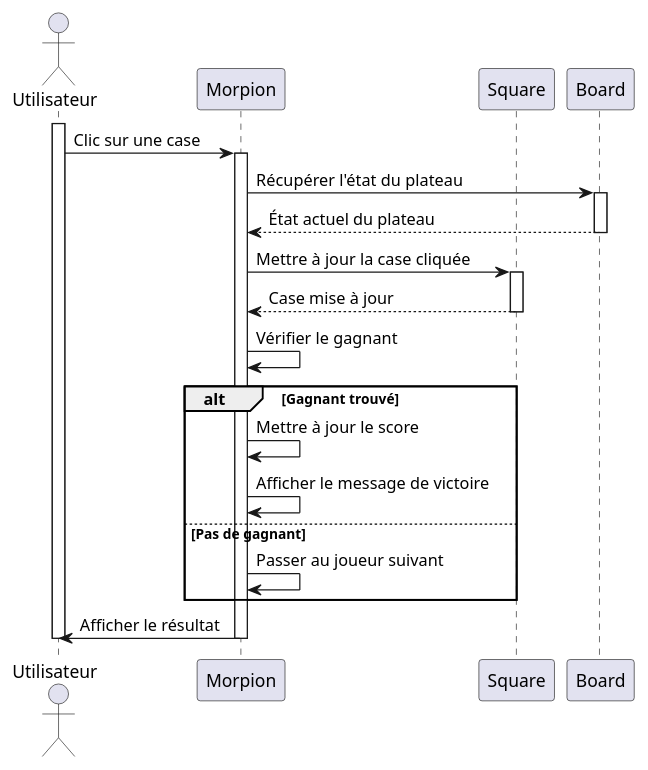
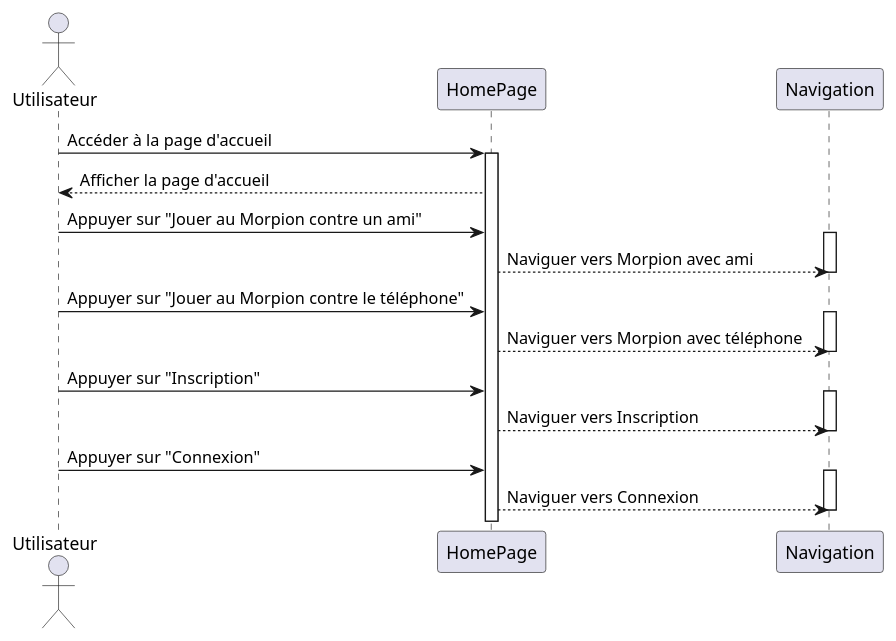
Before and after one commit to ericnoel92/my-new-project: the diagram in Index.PlantUML, drawn with PlantUML. The commit also changed 4 other files, not shown here.

```diff
--- a/Index.PlantUML
+++ b/Index.PlantUML
@@ -1,28 +1,31 @@
-@startuml eric
-actor Utilisateur as User
-participant Morpion as Morp
-participant Square as Sq
-participant Board as Bd
+@startuml eric 
 
-activate User
-User -> Morp : Clic sur une case
-activate Morp
-Morp -> Bd : Récupérer l'état du plateau
-activate Bd
-Bd --> Morp : État actuel du plateau
-deactivate Bd
-Morp -> Sq : Mettre à jour la case cliquée
-activate Sq
-Sq --> Morp : Case mise à jour
-deactivate Sq
-Morp -> Morp : Vérifier le gagnant
-alt Gagnant trouvé
-Morp -> Morp : Mettre à jour le score
-Morp -> Morp : Afficher le message de victoire
-else Pas de gagnant
-Morp -> Morp : Passer au joueur suivant
-end
-Morp -> User : Afficher le résultat
-deactivate Morp
-deactivate User
+actor Utilisateur as U
+participant HomePage as HP
+participant Navigation as N
+
+U -> HP: Accéder à la page d'accueil
+activate HP
+HP --> U: Afficher la page d'accueil
+
+U -> HP: Appuyer sur "Jouer au Morpion contre un ami"
+activate N
+HP --> N: Naviguer vers Morpion avec ami
+deactivate N
+
+U -> HP: Appuyer sur "Jouer au Morpion contre le téléphone"
+activate N
+HP --> N: Naviguer vers Morpion avec téléphone
+deactivate N
+
+U -> HP: Appuyer sur "Inscription"
+activate N
+HP --> N: Naviguer vers Inscription
+deactivate N
+
+U -> HP: Appuyer sur "Connexion"
+activate N
+HP --> N: Naviguer vers Connexion
+deactivate N
+
 @enduml
```
